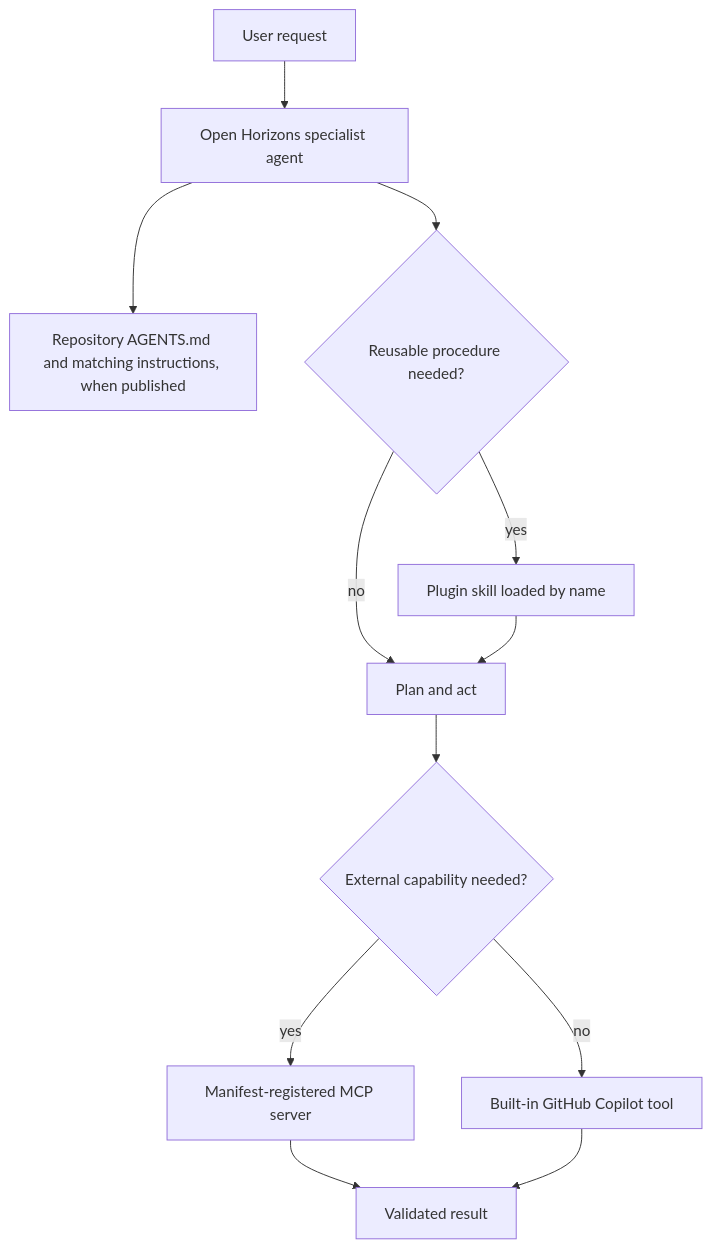
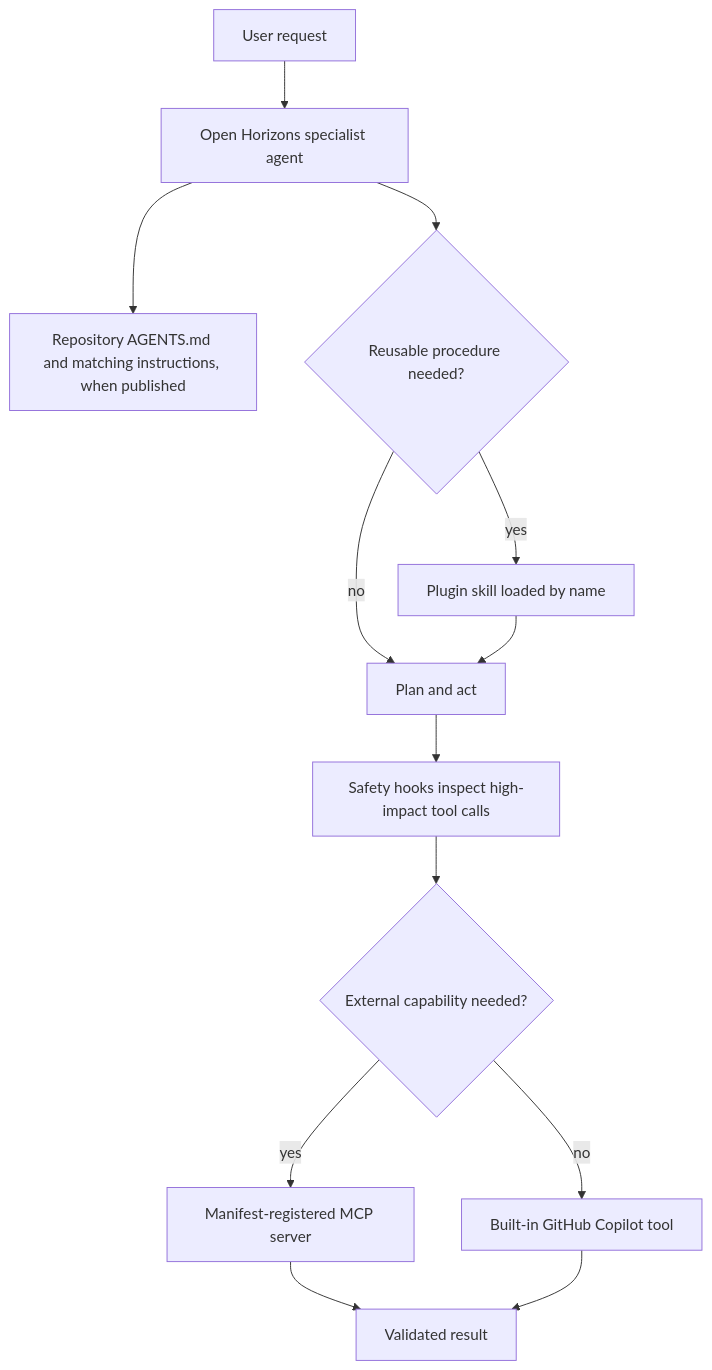
The diagram in library/plugins/open-horizons-platform/README.md (paulasilvatech/awesome-harness-primitives), drawn with Mermaid before and after one commit. The commit also changed other lines of this file, not shown here.

Commit message:
Update README to include hooks and correct skill count for Open Horizons plugin

````diff
--- a/library/plugins/open-horizons-platform/README.md
+++ b/library/plugins/open-horizons-platform/README.md
@@ -75,14 +87,15 @@
 ```mermaid
 flowchart TD
     User[User request] --> Agent[Open Horizons specialist agent]
     Agent --> Guidance[Repository AGENTS.md and matching instructions, when published]
     Agent --> Skill{Reusable procedure needed?}
     Skill -->|yes| LoadedSkill[Plugin skill loaded by name]
     Skill -->|no| Work[Plan and act]
     LoadedSkill --> Work
-    Work --> External{External capability needed?}
+    Work --> Hooks[Safety hooks inspect high-impact tool calls]
+    Hooks --> External{External capability needed?}
     External -->|yes| MCP[Manifest-registered MCP server]
     External -->|no| BuiltIn[Built-in GitHub Copilot tool]
     MCP --> Result[Validated result]
     BuiltIn --> Result
 ```
````
